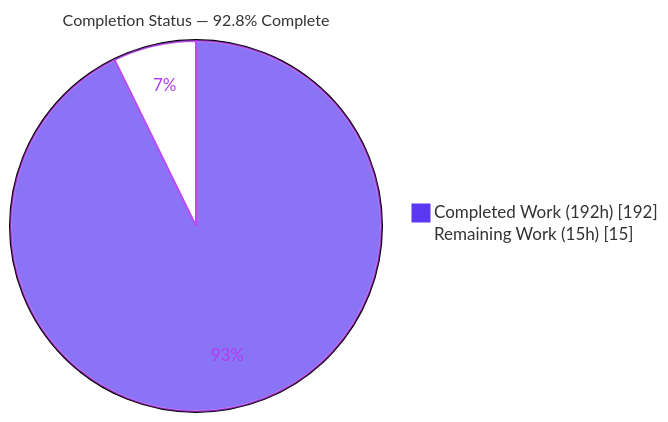
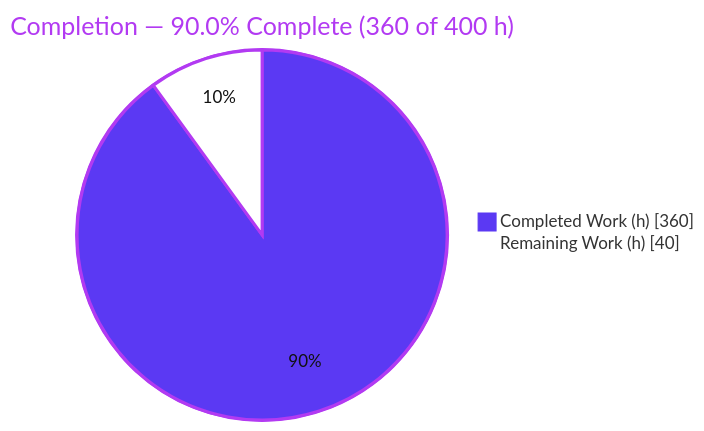
One commit to blitzy-public-samples/ecommerce-shop changed the first of 4 diagrams in blitzy/documentation/Project Guide.md. Above: the diagram before and after it, drawn with Mermaid. The commit also changed other lines of this file, not shown here.

Commit message:
Adding Blitzy Project Guide: Project Status and Human Tasks Remaining

````diff
--- a/blitzy/documentation/Project Guide.md
+++ b/blitzy/documentation/Project Guide.md
@@ -21,6 +19,6 @@
 ```mermaid
-%%{init: {'theme':'base','themeVariables':{'pie1':'#5B39F3','pie2':'#FFFFFF','pieStrokeColor':'#B23AF2','pieStrokeWidth':'2px','pieOuterStrokeWidth':'2px','pieTitleTextSize':'16px','pieSectionTextColor':'#B23AF2'}}}%%
-pie showData title Completion Status — 92.8% Complete
-    "Completed Work (192h)" : 192
-    "Remaining Work (15h)" : 15
+%%{init: {'theme':'base','themeVariables':{'pie1':'#5B39F3','pie2':'#FFFFFF','pieStrokeColor':'#B23AF2','pieOuterStrokeColor':'#B23AF2','pieTitleTextColor':'#B23AF2','pieSectionTextColor':'#111111','pieStrokeWidth':'3px','pieOpacity':'1'}}}%%
+pie showData title Completion — 90.0% Complete (360 of 400 h)
+    "Completed Work (h)" : 360
+    "Remaining Work (h)" : 40
 ```
````
